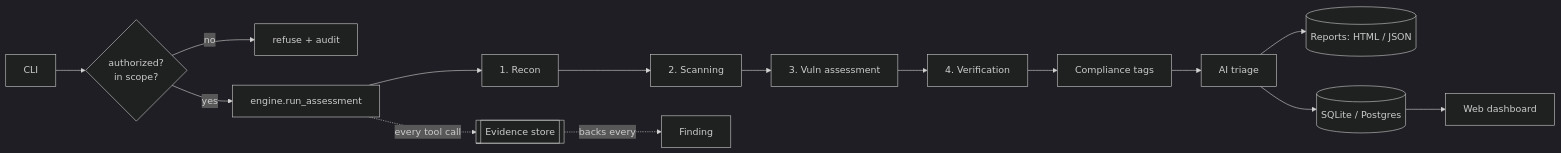
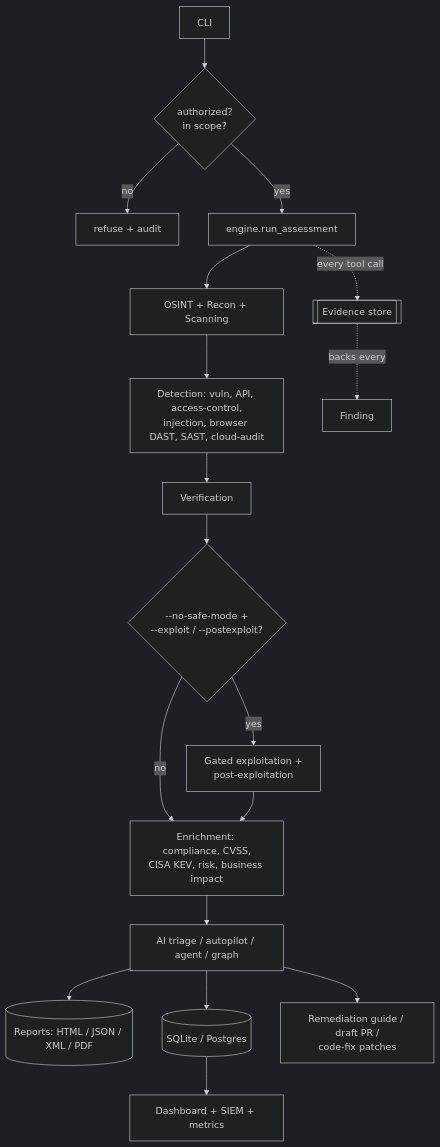
The diagram in README.md (ahmadoqsrawi/sentari), drawn with Mermaid (dark theme) before and after one commit. The commit also changed other lines of this file, not shown here.

Commit message:
Update architecture diagram to the current phased pipeline, gated exploitation, enrichment, AI, and fix paths

````diff
--- a/README.md
+++ b/README.md
@@ -171,17 +171,20 @@
 ```mermaid
-flowchart LR
+flowchart TB
     A[CLI] --> AUTH{authorized?<br/>in scope?}
     AUTH -- no --> STOP[refuse + audit]
     AUTH -- yes --> ENG[engine.run_assessment]
-    ENG --> P1[1. Recon]
-    P1 --> P2[2. Scanning]
-    P2 --> P3[3. Vuln assessment]
-    P3 --> P4[4. Verification]
-    P4 --> C[Compliance tags]
-    C --> AI[AI triage]
-    AI --> R[(Reports: HTML / JSON)]
+    ENG --> REC[OSINT + Recon + Scanning]
+    REC --> DET[Detection: vuln, API, access-control,<br/>injection, browser DAST, SAST, cloud-audit]
+    DET --> VER[Verification]
+    VER --> GATE{--no-safe-mode +<br/>--exploit / --postexploit?}
+    GATE -- yes --> EXP[Gated exploitation +<br/>post-exploitation]
+    GATE -- no --> ENR[Enrichment: compliance, CVSS,<br/>CISA KEV, risk, business impact]
+    EXP --> ENR
+    ENR --> AI[AI triage / autopilot / agent / graph]
+    AI --> R[(Reports: HTML / JSON / XML / PDF)]
     AI --> DB[(SQLite / Postgres)]
-    DB --> WEB[Web dashboard]
+    DB --> WEB[Dashboard + SIEM + metrics]
+    AI --> FIX[Remediation guide / draft PR /<br/>code-fix patches]
     ENG -. every tool call .-> EV[[Evidence store]]
     EV -. backs every .-> F[Finding]
 ```
````
